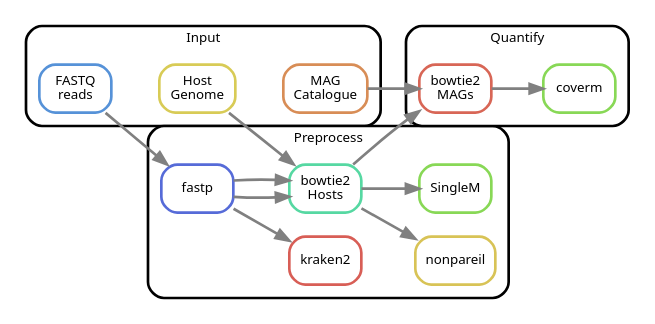
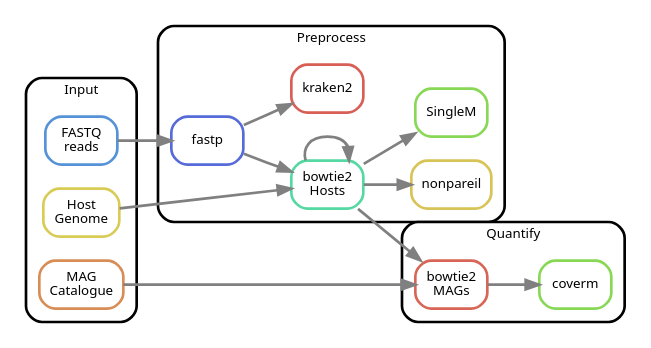
Before and after one commit to 3d-omics/bioinfo_detection_limit_test: the diagram in rulegraph_simple.dot, drawn with Graphviz. The commit also changed 1 other file, not shown here.

```diff
--- a/rulegraph_simple.dot
+++ b/rulegraph_simple.dot
@@ -1,52 +1,51 @@
 digraph snakemake_dag {
-	newrank=true;
+	// newrank=true;
     rankdir=LR;
     graph[bgcolor=white, margin=0, compound=true];
     node[shape=box, style=rounded, fontname=sans, fontsize=10, penwidth=2];
     edge[penwidth=2, color=grey];
 
 
 
     subgraph cluster_0 {
         label = "Input";
         shape=box; style=rounded; fontname=sans; fontsize=10; penwidth=2; margin=10;
         reads        [label = "FASTQ\nreads", color = "0.59 0.6 0.85", style="rounded"];
 		mags         [label = "MAG\nCatalogue", color = "0.07 0.6 0.85", style="rounded"];
 	    reference    [label = "Host\nGenome", color = "0.15 0.6 0.85", style="rounded"];
     }
 
 	subgraph cluster_1 {
 		label = "Preprocess";
 		shape=box; style=rounded; fontname=sans; fontsize=10; penwidth=2; margin=10;
     	fastp        [label = "fastp", color = "0.64 0.6 0.85", style="rounded"];
     	bowtie2_host [label = "bowtie2\nHosts", color = "0.43 0.6 0.85", style="rounded"];
 		nonpareil    [label = "nonpareil", color = "0.14 0.6 0.85", style="rounded"];
 		singlem      [label = "SingleM", color = "0.27 0.6 0.85", style="rounded"];
 		kraken2      [label = "kraken2", color = "0.01 0.6 0.85", style="rounded"];
-
-		fastp -> bowtie2_host
 	}
 
 	subgraph cluster_2 {
 		label = "Quantify";
 		shape=box; style=rounded; fontname=sans; fontsize=10; penwidth=2; margin=10;
 		bowtie2_mags [label = "bowtie2\nMAGs", color = "0.02 0.6 0.85", style="rounded"];
 		coverm       [label = "coverm", color = "0.27 0.6 0.85", style="rounded"];
 
 	}
 
 	// {rank=same; bowtie2_host; kraken2; nonpareil; singlem}
 	// {rank=same; bowtie2_mags; coverm}
 
 
     reads -> fastp
     reference -> bowtie2_host
     mags -> bowtie2_mags
 
+	bowtie2_host -> bowtie2_host
     fastp -> kraken2
 	fastp -> bowtie2_host
     bowtie2_host -> nonpareil
 	bowtie2_host -> singlem
     bowtie2_mags -> coverm
-	 bowtie2_host -> bowtie2_mags
+	bowtie2_host -> bowtie2_mags
 }
```
